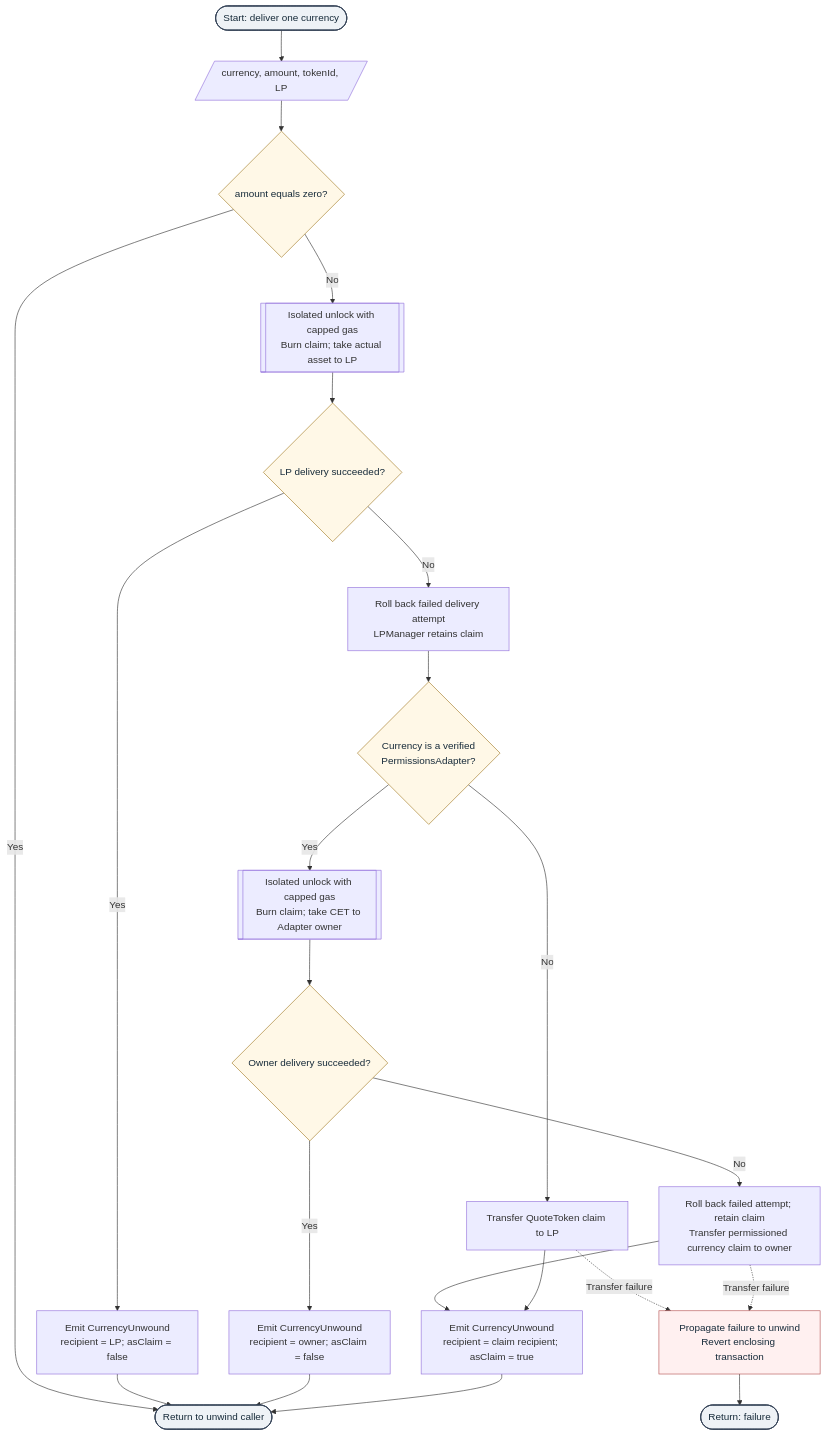
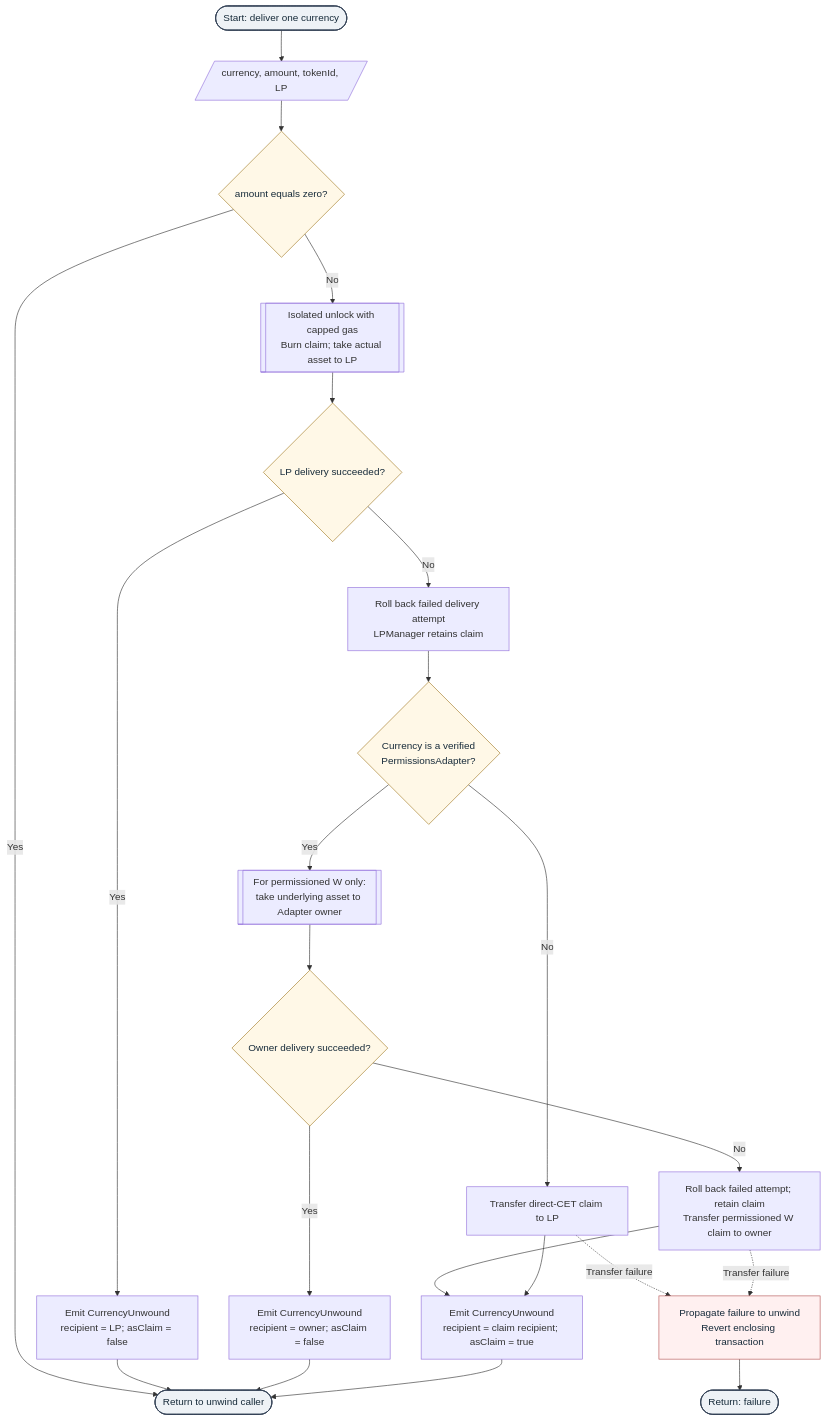
The sixth of 7 diagrams in docs/TSV_CONTRACT_DESIGN_LP_V1_EN.md (okx/tsv), drawn with Mermaid before and after one commit. The commit also changed other lines of this file and 1 other file, not shown here.

````diff
--- a/docs/TSV_CONTRACT_DESIGN_LP_V1_EN.md
+++ b/docs/TSV_CONTRACT_DESIGN_LP_V1_EN.md
@@ -446,47 +448,47 @@
 ```mermaid
 flowchart TD
     Start(["Start: deliver one currency"])
     Input[/"currency, amount, tokenId, LP"/]
     Empty{"amount equals zero?"}
     TryLP[["Isolated unlock with capped gas<br/>Burn claim; take actual asset to LP"]]
     LPDone{"LP delivery succeeded?"}
     EventLP["Emit CurrencyUnwound<br/>recipient = LP; asClaim = false"]
     Keep["Roll back failed delivery attempt<br/>LPManager retains claim"]
     Restricted{"Currency is a verified<br/>PermissionsAdapter?"}
-    ClaimLP["Transfer QuoteToken claim to LP"]
-    TryOwner[["Isolated unlock with capped gas<br/>Burn claim; take CET to Adapter owner"]]
+    ClaimLP["Transfer direct-CET claim to LP"]
+    TryOwner[["For permissioned W only:<br/>take underlying asset to Adapter owner"]]
     OwnerDone{"Owner delivery succeeded?"}
     EventOwner["Emit CurrencyUnwound<br/>recipient = owner; asClaim = false"]
-    ClaimOwner["Roll back failed attempt; retain claim<br/>Transfer permissioned currency claim to owner"]
+    ClaimOwner["Roll back failed attempt; retain claim<br/>Transfer permissioned W claim to owner"]
     EventClaim["Emit CurrencyUnwound<br/>recipient = claim recipient; asClaim = true"]
     Success(["Return to unwind caller"])
     Reject["Propagate failure to unwind<br/>Revert enclosing transaction"]
     Failed(["Return: failure"])
     Start --> Input
     Input --> Empty
     Empty -->|Yes| Success
     Empty -->|No| TryLP
     TryLP --> LPDone
     LPDone -->|Yes| EventLP
     EventLP --> Success
     LPDone -->|No| Keep
     Keep --> Restricted
     Restricted -->|No| ClaimLP
     Restricted -->|Yes| TryOwner
     TryOwner --> OwnerDone
     OwnerDone -->|Yes| EventOwner
     EventOwner --> Success
     OwnerDone -->|No| ClaimOwner
     ClaimOwner --> EventClaim
     ClaimLP --> EventClaim
     EventClaim --> Success
     ClaimLP -. Transfer failure .-> Reject
     ClaimOwner -. Transfer failure .-> Reject
     Reject --> Failed
     classDef terminal fill:#eef2f6,stroke:#334155,stroke-width:1.5px,color:#172b3a;
     classDef decision fill:#fff8e7,stroke:#a17a25,color:#172b3a;
     classDef failure fill:#fff0f0,stroke:#b45353,color:#172b3a;
     class Start,Success,Failed terminal;
     class Reject failure;
     class Empty,LPDone,Restricted,OwnerDone decision;
 ```
````
